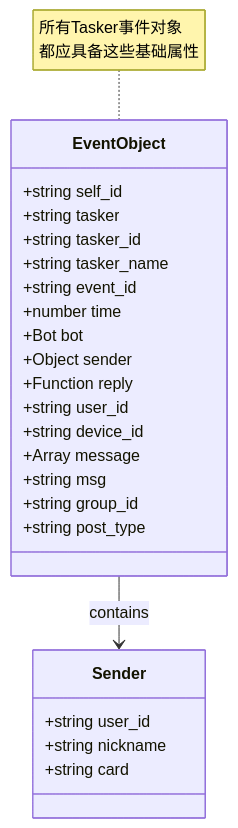
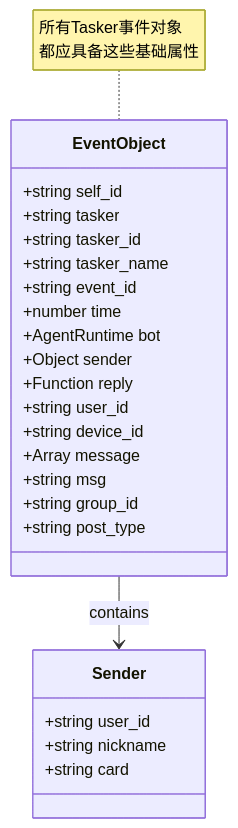
Before and after one commit to sunflowermm/XRK-AGT: the second of 2 diagrams in docs/tasker-base-spec.md, drawn with Mermaid. The commit also changed other lines of this file and 315 other files, not shown here.

````diff
--- a/docs/tasker-base-spec.md
+++ b/docs/tasker-base-spec.md
@@ -89,30 +89,30 @@
 ```mermaid
 classDiagram
     class EventObject {
         +string self_id
         +string tasker
         +string tasker_id
         +string tasker_name
         +string event_id
         +number time
-        +Bot bot
+        +AgentRuntime bot
         +Object sender
         +Function reply
         +string user_id
         +string device_id
         +Array message
         +string msg
         +string group_id
         +string post_type
     }
     
     class Sender {
         +string user_id
         +string nickname
         +string card
     }
     
     EventObject --> Sender : contains
     
     note for EventObject "所有Tasker事件对象<br/>都应具备这些基础属性"
 ```
````
